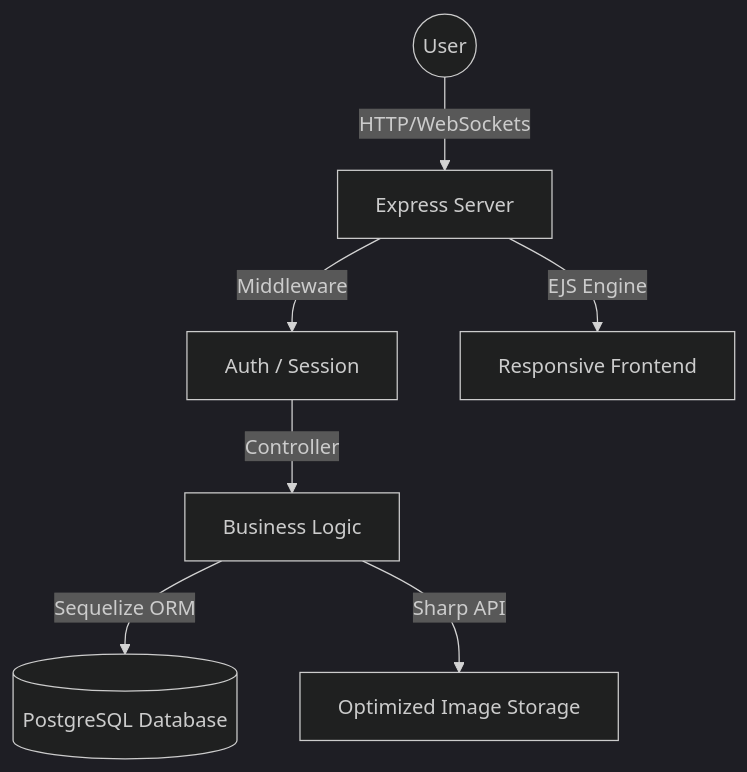
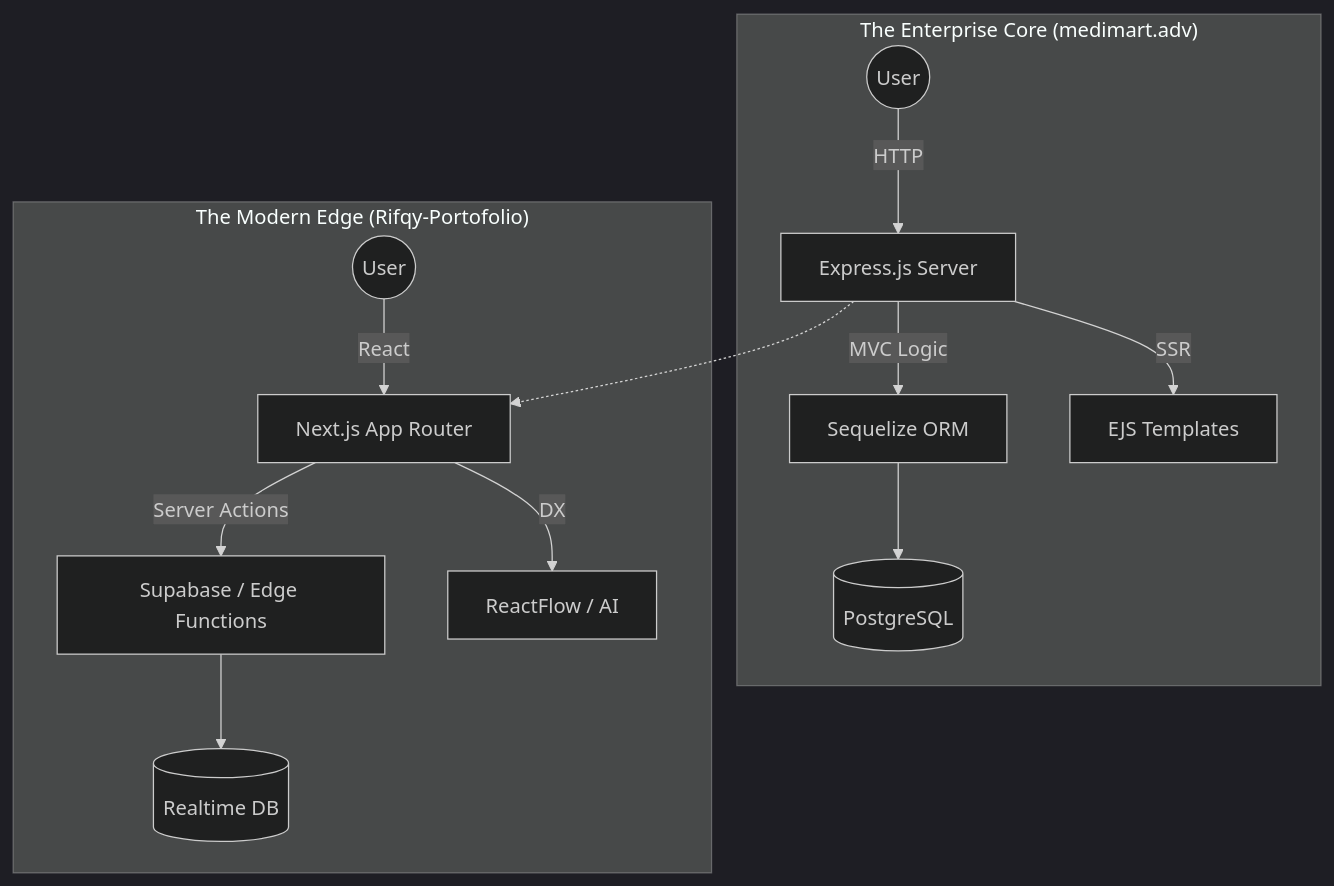
Before and after one commit to rifqyhazim22/rifqyhazim22: the diagram in README.md, drawn with Mermaid (dark theme). The commit also changed other lines of this file, not shown here.

Commit message:
Enhance profile: Add Rifqy-Portofolio stack and multi-paradigm architecture diagram

````diff
--- a/README.md
+++ b/README.md
@@ -24,9 +24,18 @@
 ```mermaid
 graph TD
-    User((User)) -- HTTP/WebSockets --> Express[Express Server]
-    Express -- Middleware --> Auth[Auth / Session]
-    Auth -- Controller --> Business[Business Logic]
-    Business -- Sequelize ORM --> Postgres[(PostgreSQL Database)]
-    Business -- Sharp API --> Images[Optimized Image Storage]
-    Express -- EJS Engine --> UI[Responsive Frontend]
+    subgraph "The Enterprise Core (medimart.adv)"
+        M_User((User)) -- HTTP --> Express[Express.js Server]
+        Express -- MVC Logic --> Seq[Sequelize ORM]
+        Seq --> Postgres[(PostgreSQL)]
+        Express -- SSR --> EJS[EJS Templates]
+    end
+
+    subgraph "The Modern Edge (Rifqy-Portofolio)"
+        P_User((User)) -- React --> NextWS[Next.js App Router]
+        NextWS -- Server Actions --> Supa[Supabase / Edge Functions]
+        Supa --> Realtime[(Realtime DB)]
+        NextWS -- DX --> RFlow[ReactFlow / AI]
+    end
+
+    Express -.-> NextWS
 ```
````
